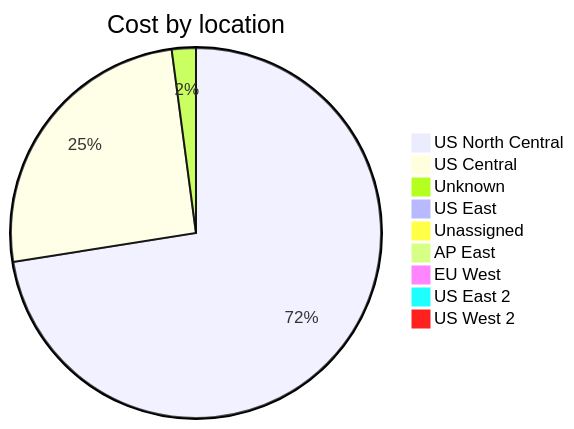
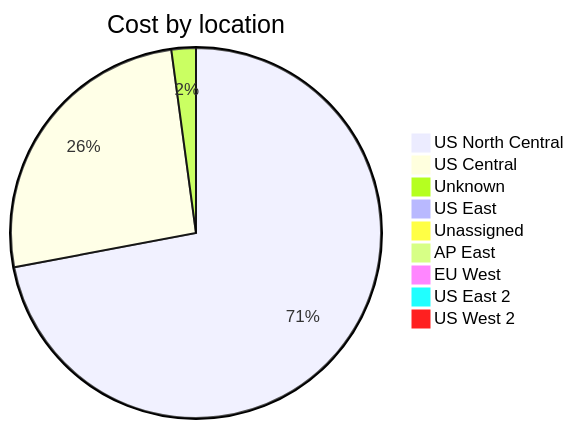
One commit to jpfulton/azure-personal-reports changed the third of 4 diagrams in cost-reports/accumulated-cost.md. Above: the diagram before and after it, drawn with Mermaid. The commit also changed other lines of this file and 4 other files, not shown here.

````diff
--- a/cost-reports/accumulated-cost.md
+++ b/cost-reports/accumulated-cost.md
@@ -129,13 +131,13 @@
 ```mermaid
 pie
    title Cost by location
-   "US North Central" : 8.28
-   "US Central" : 2.90
-   "Unknown" : 0.24
-   "US East" : 0.05
-   "Unassigned" : 0.04
+   "US North Central" : 9.79
+   "US Central" : 3.51
+   "Unknown" : 0.29
+   "US East" : 0.06
+   "Unassigned" : 0.05
    "AP East" : 0.00
    "EU West" : 0.00
    "US East 2" : 0.00
    "US West 2" : 0.00
 ```
````
